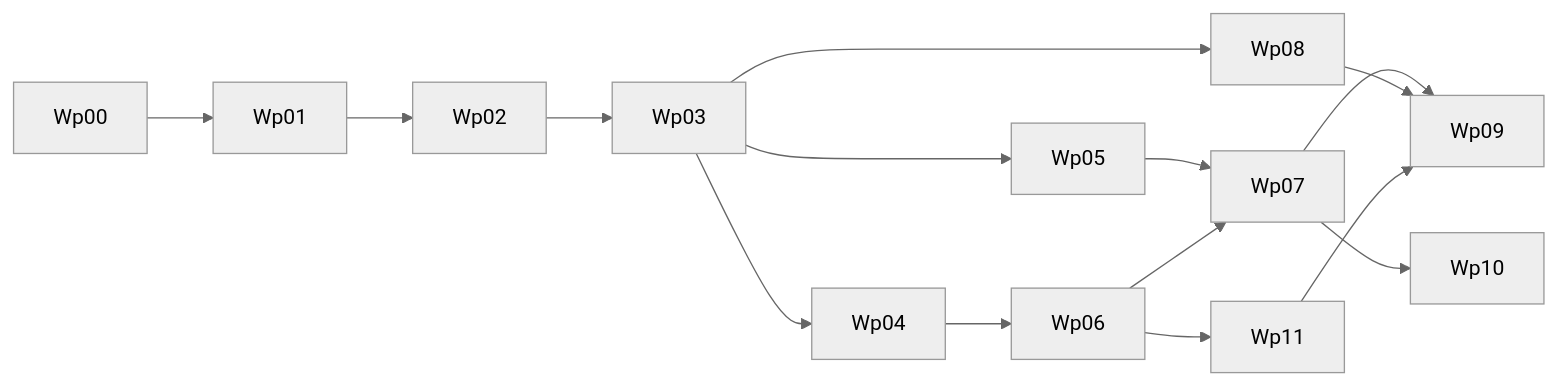
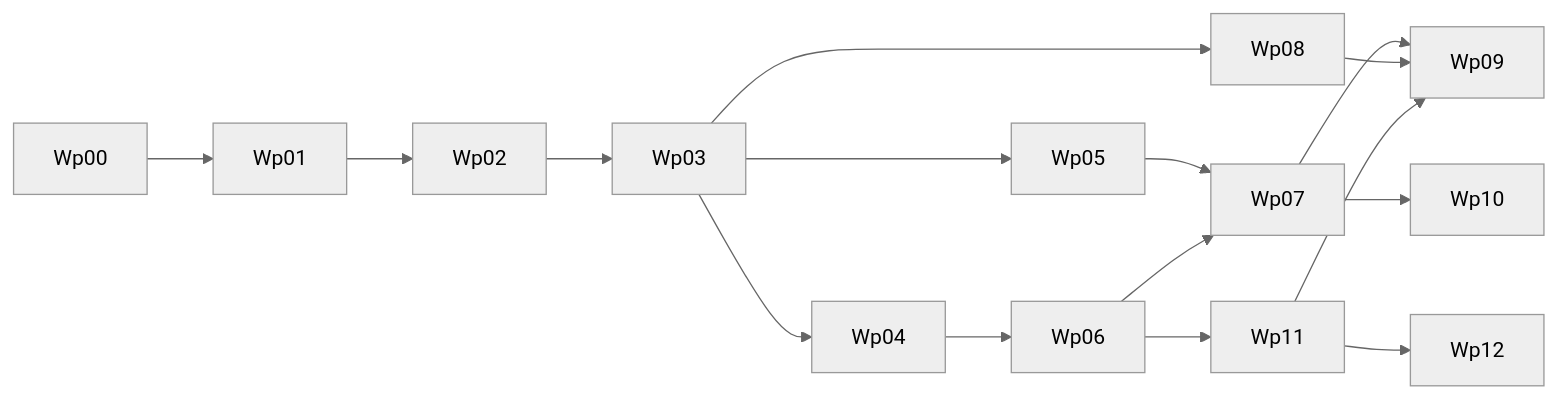
Before and after one commit to katooling/pocket-gpt: the diagram in docs/operations/execution-board.md, drawn with Mermaid (neutral theme). The commit also changed other lines of this file and 5 other files, not shown here.

````diff
--- a/docs/operations/execution-board.md
+++ b/docs/operations/execution-board.md
@@ -132,17 +149,18 @@
 ```mermaid
 flowchart LR
 Wp00 --> Wp01
 Wp01 --> Wp02
 Wp02 --> Wp03
 Wp03 --> Wp04
 Wp03 --> Wp05
 Wp04 --> Wp06
 Wp05 --> Wp07
 Wp06 --> Wp07
 Wp03 --> Wp08
 Wp06 --> Wp11
 Wp07 --> Wp09
 Wp08 --> Wp09
 Wp11 --> Wp09
+Wp11 --> Wp12
 Wp07 --> Wp10
 ```
````
